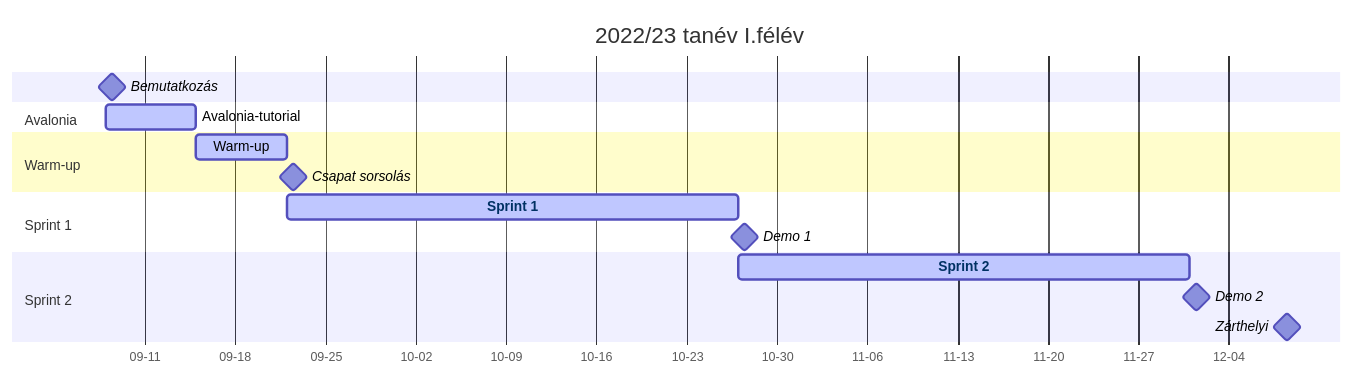
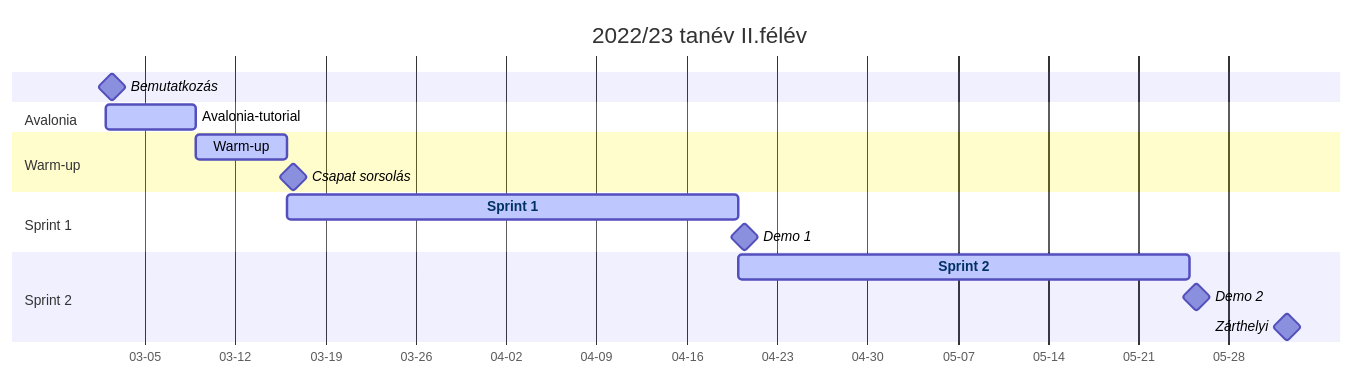
One commit to zsalab-oe/handout-2024-tavasz changed the diagram in src/schedule.md. Above: the diagram before and after it, drawn with Mermaid. The commit also changed other lines of this file, not shown here.

```diff
--- a/src/schedule.md
+++ b/src/schedule.md
@@ -34,21 +34,21 @@
 <div class="mermaid">
     gantt
     dateFormat  YYYY-MM-DD
     axisFormat  %m-%d
-    title 2022/23 tanév I.félév
-    Bemutatkozás :milestone, 2022-09-08, 1d
+    title 2022/23 tanév II.félév
+    Bemutatkozás :milestone, 2023-03-02, 1d
     section Avalonia
-        Avalonia-tutorial: active, avalonia-tutorial, 2022-09-08, 1w
+        Avalonia-tutorial: active, avalonia-tutorial, 2023-03-02, 1w
     section Warm-up
-        Warm-up :active, warmup, 2022-09-15, 1w
+        Warm-up :active, warmup, 2023-03-09, 1w
     Csapat sorsolás :milestone, after warmup, 1d
     section Sprint 1
         Sprint 1 :active, sprint1, after warmup, 5w
     Demo 1 :milestone, after sprint1, 1d
     section Sprint 2
         Sprint 2 :active, sprint2, after sprint1, 5w
     Demo 2 :milestone, after sprint2, 1d
-    Zárthelyi :milestone, 2022-12-08, 1d
+    Zárthelyi :milestone, 2023-06-01, 1d
     click sprint1 href "./sprint_1.html"
     click sprint2 href "./sprint_2.html"
 </div>
```
